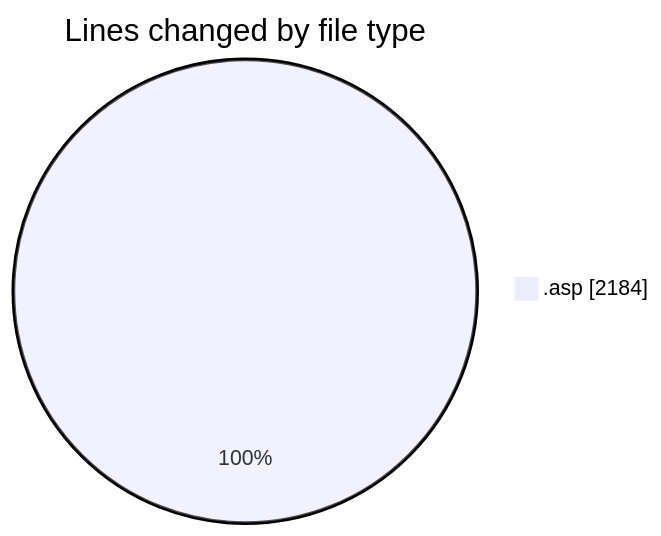
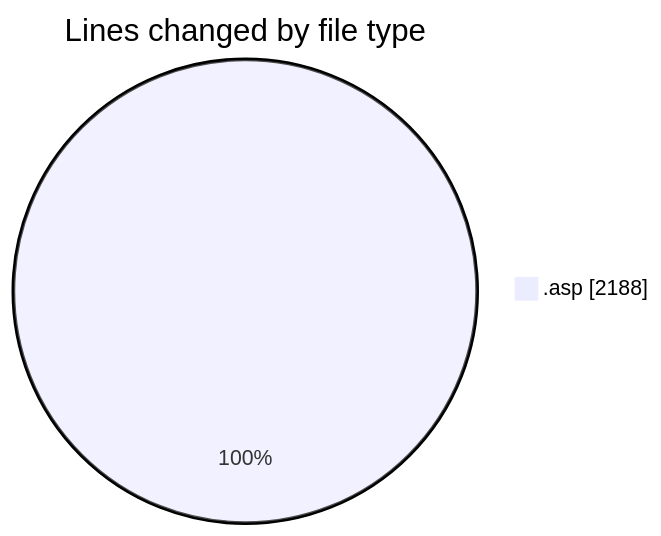
The first of 2 diagrams in 2025-10-31/cdp_aleoudev_fr__workspace_/README.md (julien-gomy/code-tracking), drawn with Mermaid before and after one commit. The commit also changed other lines of this file and 1 other file, not shown here.

````diff
--- a/2025-10-31/cdp_aleoudev_fr__workspace_/README.md
+++ b/2025-10-31/cdp_aleoudev_fr__workspace_/README.md
@@ -21,5 +21,5 @@
 ```mermaid
 pie showData
 title Lines changed by file type
-".asp" : 2184
+".asp" : 2188
 ```
````
